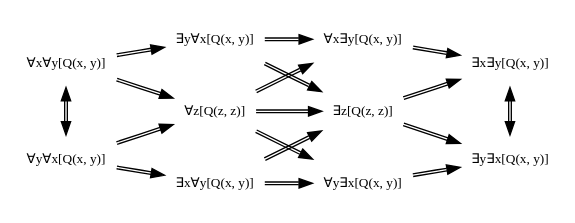
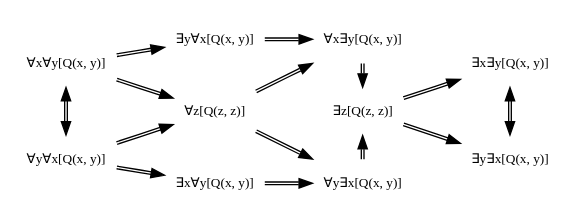
Before and after one commit to bss9395/bss9395.github.io: the diagram in _zh/Timeline/The_Natural/figures/Logistics/Binary_Predicate_∀_∃.gv, drawn with Graphviz. The commit also changed 3 other files, not shown here.

```diff
--- a/_zh/Timeline/The_Natural/figures/Logistics/Binary_Predicate_∀_∃.gv
+++ b/_zh/Timeline/The_Natural/figures/Logistics/Binary_Predicate_∀_∃.gv
@@ -1,27 +1,26 @@
 digraph{
     node[fontname="Consola", fontsize="10"];
     edge[fontname="Consola", fontsize="10"];
     graph[fontname="Consola", fontsize="10", charset="utf-8"];
     graph[compound="true", clusterrank="global", newrank="true"];
 
     node[shape="plaintext"];
     edge[color="black:black"];
     graph[pagedir="TL", rankdir="LR", splines="line"];
 
 
         {rank="same"; AxAy[label="∀x∀y[Q(x, y)]"];                           AyAx[label="∀y∀x[Q(x, y)]"];}
         {rank="same"; EyAx[label="∃y∀x[Q(x, y)]"]; Az[label= "∀z[Q(z, z)]"]; ExAy[label="∃x∀y[Q(x, y)]"];}
         {rank="same"; AxEy[label="∀x∃y[Q(x, y)]"]; Ez[label= "∃z[Q(z, z)]"]; AyEx[label="∀y∃x[Q(x, y)]"];}
         {rank="same"; ExEy[label="∃x∃y[Q(x, y)]"];                           EyEx[label="∃y∃x[Q(x, y)]"];}
 
 
-        AxAy->AyAx[dir="both", minlen="2"]; ExEy->EyEx[dir="both", minlen="2"];
+        AxAy->AyAx[dir="both", minlen="2"]; AxEy->Ez;             ExEy->EyEx[dir="both", minlen="2"];
+                                            Ez->AyEx[dir="back"];
 
-        AxAy->EyAx;             EyAx->AxEy; AxEy->ExEy;
-        AxAy->Az;               EyAx->Ez;   Ez->ExEy;
-        AyAx->Az;               Az->AxEy;   Ez->EyEx;
-        AyAx->ExAy;             Az->Ez;     AyEx->EyEx;
-                                Az->AyEx;
-                                ExAy->Ez;
-                                ExAy->AyEx;
+        AxAy->EyAx;             EyAx->AxEy; Ez->ExEy;
+        AxAy->Az;               Az->AxEy;   Ez->EyEx;
+        AyAx->Az;               Az->AyEx;
+        AyAx->ExAy;             ExAy->AyEx;
+
 }
```
